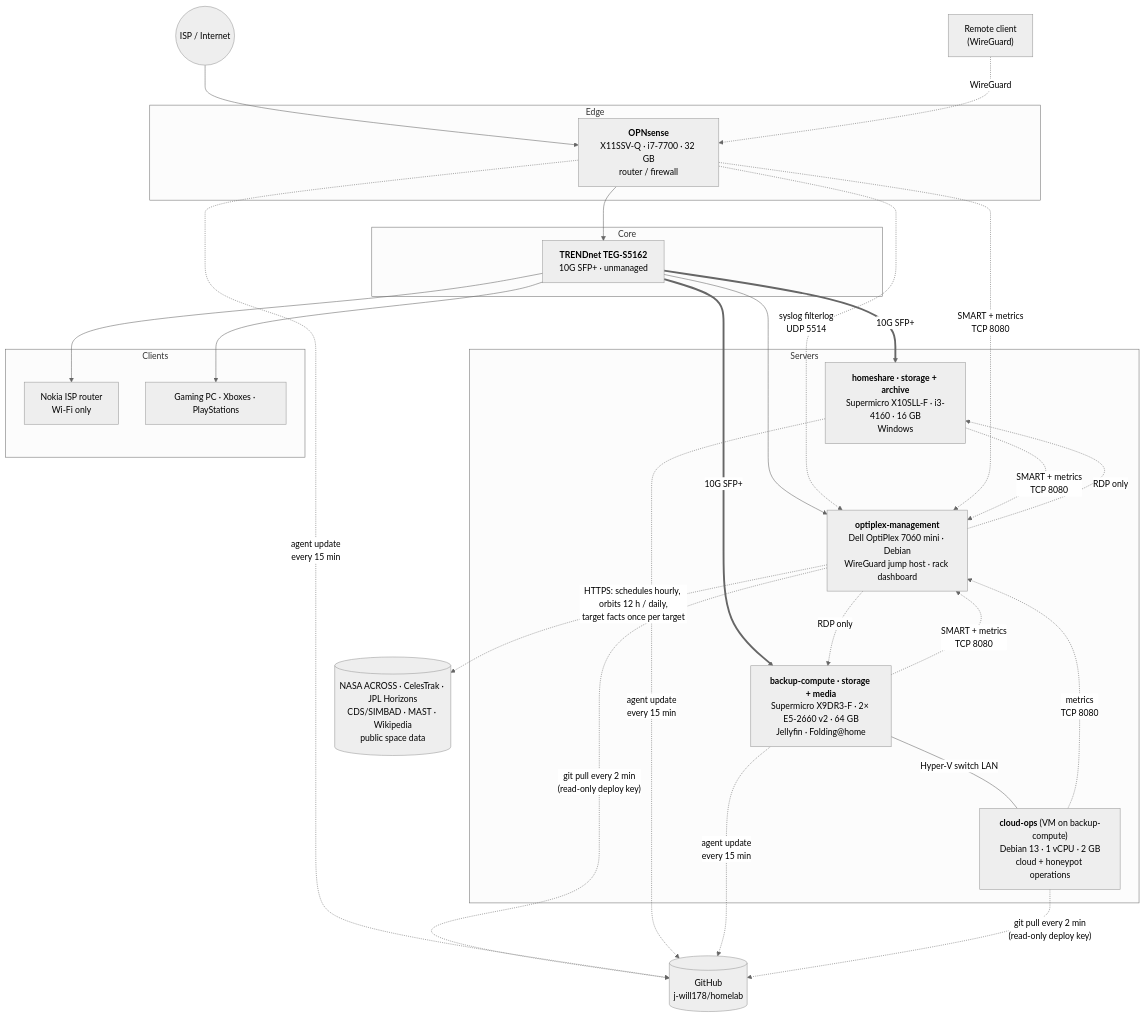
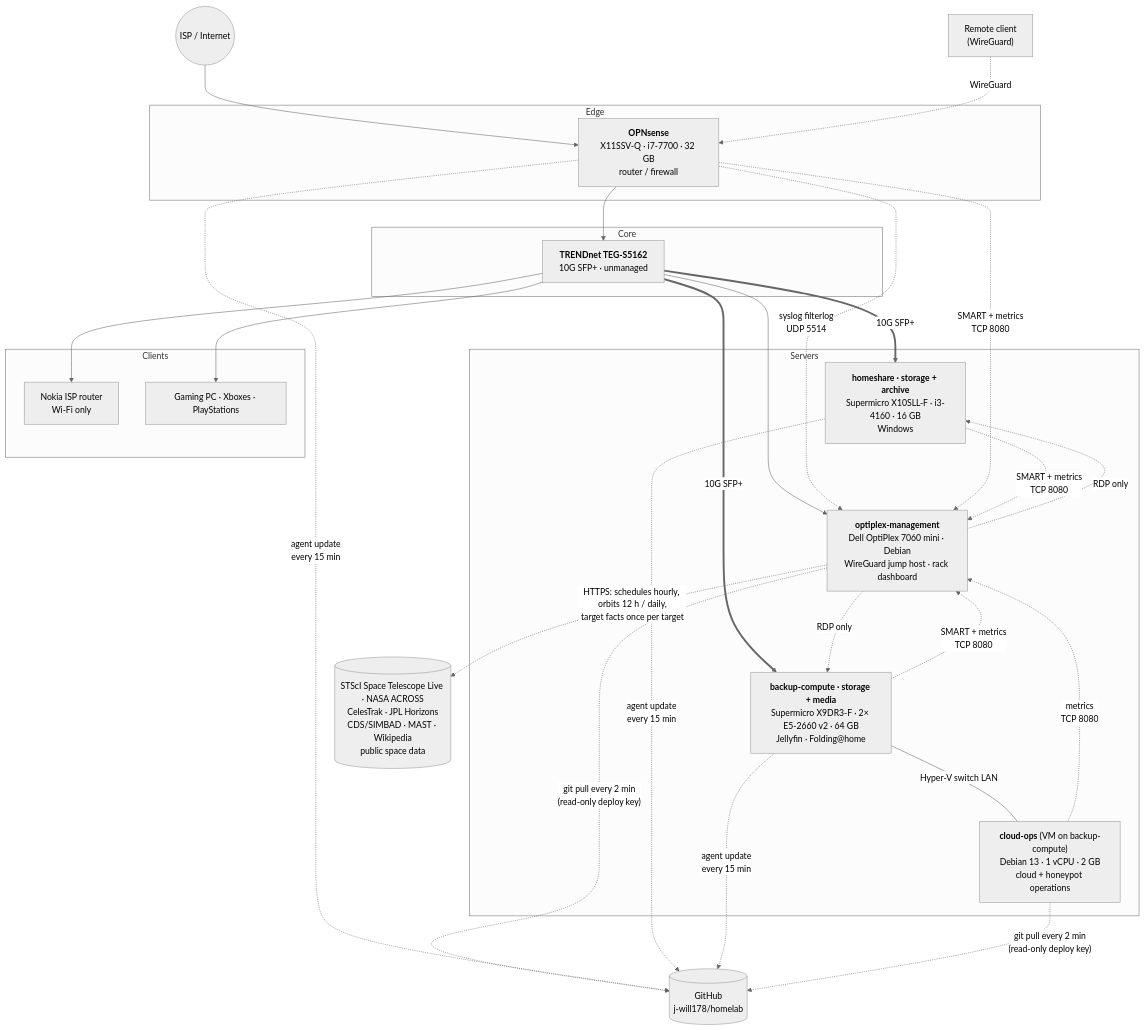
One commit to j-will178/homelab-showcase changed the first of 2 diagrams in docs/topology.md. Above: the diagram before and after it, drawn with Mermaid (neutral theme). The commit also changed other lines of this file and 7 other files, not shown here.

````diff
--- a/docs/topology.md
+++ b/docs/topology.md
@@ -23,53 +23,53 @@
 ```mermaid
 flowchart TB
     WAN(("ISP / Internet"))
     VPN["Remote client<br/>(WireGuard)"]
 
     subgraph EDGE["Edge"]
         OPN["<b>OPNsense</b><br/>X11SSV-Q · i7-7700 · 32 GB<br/>router / firewall"]
     end
 
     subgraph CORE["Core"]
         SW["<b>TRENDnet TEG-S5162</b><br/>10G SFP+ · unmanaged"]
     end
 
     subgraph SERVERS["Servers"]
         M1["<b>homeshare · storage + archive</b><br/>Supermicro X10SLL-F · i3-4160 · 16 GB<br/>Windows"]
         M2["<b>backup-compute · storage + media</b><br/>Supermicro X9DR3-F · 2× E5-2660 v2 · 64 GB<br/>Jellyfin · Folding@home"]
         OPT["<b>optiplex-management</b><br/>Dell OptiPlex 7060 mini · Debian<br/>WireGuard jump host · rack dashboard"]
         CO["<b>cloud-ops</b> (VM on backup-compute)<br/>Debian 13 · 1 vCPU · 2 GB<br/>cloud + honeypot operations"]
     end
 
     subgraph CLIENTS["Clients"]
         NOKIA["Nokia ISP router<br/>Wi-Fi only"]
         GAME["Gaming PC · Xboxes · PlayStations"]
     end
 
     WAN --> OPN
     VPN -. "WireGuard" .-> OPN
     OPN --> SW
     SW == "10G SFP+" ==> M1
     SW == "10G SFP+" ==> M2
     M2 -- "Hyper-V switch LAN" --- CO
     SW --> OPT
     SW --> NOKIA
     SW --> GAME
 
     OPN -. "syslog filterlog<br/>UDP 5514" .-> OPT
     OPN -. "SMART + metrics<br/>TCP 8080" .-> OPT
     M1 -. "SMART + metrics<br/>TCP 8080" .-> OPT
     M2 -. "SMART + metrics<br/>TCP 8080" .-> OPT
     CO -. "metrics<br/>TCP 8080" .-> OPT
     OPT -. "RDP only" .-> M1
     OPT -. "RDP only" .-> M2
 
     GH[("GitHub<br/>j-will178/homelab")]
     OPT -. "git pull every 2 min<br/>(read-only deploy key)" .-> GH
     OPN -. "agent update<br/>every 15 min" .-> GH
     M1 -. "agent update<br/>every 15 min" .-> GH
     M2 -. "agent update<br/>every 15 min" .-> GH
     CO -. "git pull every 2 min<br/>(read-only deploy key)" .-> GH
 
-    SPACE[("NASA ACROSS · CelesTrak · JPL Horizons<br/>CDS/SIMBAD · MAST · Wikipedia<br/>public space data")]
+    SPACE[("STScI Space Telescope Live · NASA ACROSS<br/>CelesTrak · JPL Horizons<br/>CDS/SIMBAD · MAST · Wikipedia<br/>public space data")]
     OPT -. "HTTPS: schedules hourly, orbits 12 h / daily,<br/>target facts once per target" .-> SPACE
 ```
````
